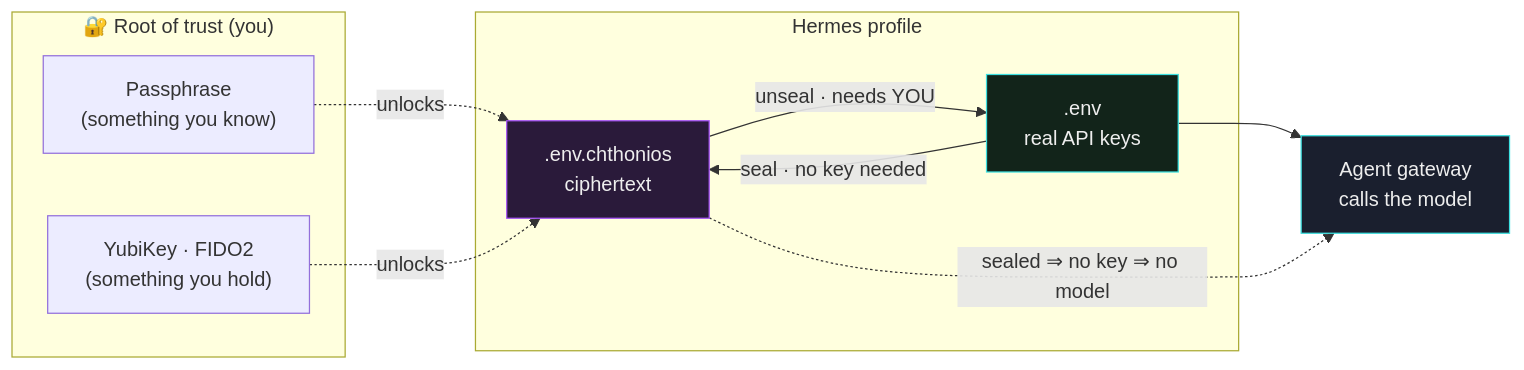
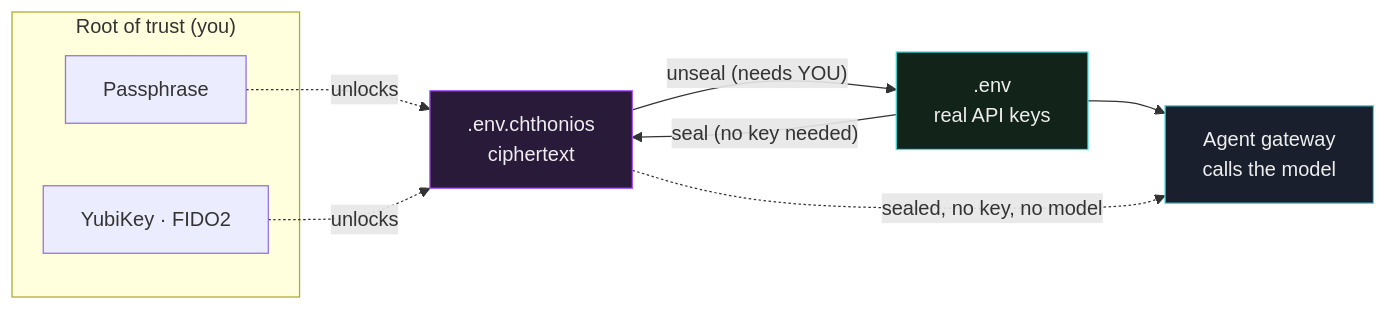
The diagram in README.md (iacker/hermes-chthonios), drawn with Mermaid before and after one commit. The commit also changed other lines of this file, not shown here.

Commit message:
docs: tighten README — drop em-dashes and Greek gloss, remove module diagram, add where/when framing, kill-switch hook, and status audit section

````diff
--- a/README.md
+++ b/README.md
@@ -63,25 +49,21 @@
 ```mermaid
 flowchart LR
-    subgraph ROOT["🔐 Root of trust (you)"]
-        P["Passphrase<br/>(something you know)"]
-        Y["YubiKey · FIDO2<br/>(something you hold)"]
+    subgraph YOU["Root of trust (you)"]
+        P["Passphrase"]
+        Y["YubiKey · FIDO2"]
     end
-
-    subgraph PROFILE["Hermes profile"]
-        E[".env<br/>real API keys"]
-        C[".env.chthonios<br/>ciphertext"]
-    end
-
+    E[".env<br/>real API keys"]
+    C[".env.chthonios<br/>ciphertext"]
     G["Agent gateway<br/>calls the model"]
 
-    E -- "seal · no key needed" --> C
-    C -- "unseal · needs YOU" --> E
+    E -- "seal (no key needed)" --> C
+    C -- "unseal (needs YOU)" --> E
     P -. unlocks .-> C
     Y -. unlocks .-> C
     E --> G
-    C -. "sealed ⇒ no key ⇒ no model" .-> G
+    C -. "sealed, no key, no model" .-> G
 
     style C fill:#2a1a3a,stroke:#a855f7,color:#eee
     style E fill:#12241a,stroke:#3ce0e0,color:#eee
     style G fill:#1a1f2e,stroke:#3ce0e0,color:#eee
 ```
````
